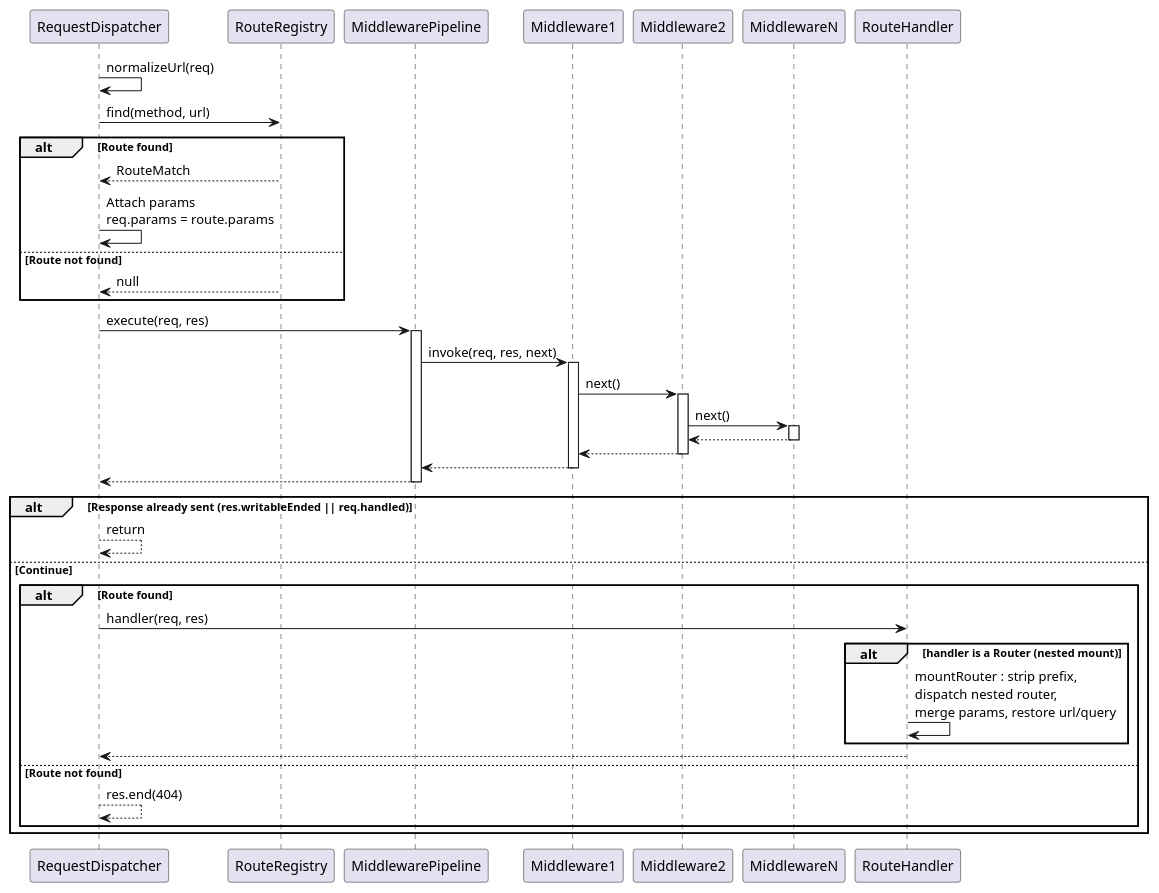
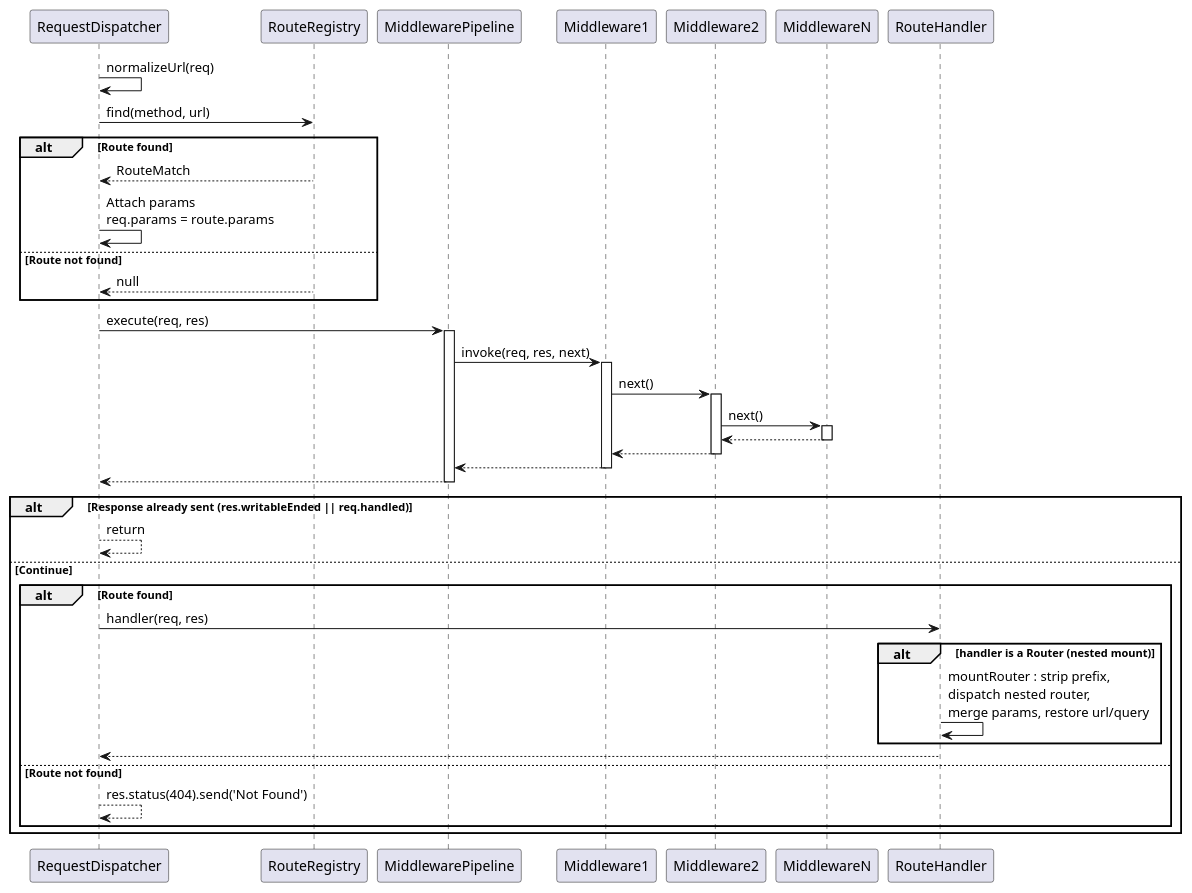
One commit to Ali-Wael-Hassan/duck-node-router changed the diagram in docs/sequence diagrams/RequestDispatcher-Sequence.puml. Above: the diagram before and after it, drawn with PlantUML. The commit also changed 20 other files, not shown here.

```diff
--- a/docs/sequence diagrams/RequestDispatcher-Sequence.puml
+++ b/docs/sequence diagrams/RequestDispatcher-Sequence.puml
@@ -1,61 +1,61 @@
 @startuml Dispatch
 
 participant RequestDispatcher
 participant RouteRegistry
 participant MiddlewarePipeline
 participant Middleware1
 participant Middleware2
 participant MiddlewareN
 participant RouteHandler
 
 RequestDispatcher -> RequestDispatcher : normalizeUrl(req)
 
 RequestDispatcher -> RouteRegistry : find(method, url)
 
 alt Route found
     RouteRegistry --> RequestDispatcher : RouteMatch
     RequestDispatcher -> RequestDispatcher : Attach params\nreq.params = route.params
 else Route not found
     RouteRegistry --> RequestDispatcher : null
 end
 
 RequestDispatcher -> MiddlewarePipeline : execute(req, res)
 
 activate MiddlewarePipeline
 
 MiddlewarePipeline -> Middleware1 : invoke(req, res, next)
 activate Middleware1
 
 Middleware1 -> Middleware2 : next()
 activate Middleware2
 
 Middleware2 -> MiddlewareN : next()
 activate MiddlewareN
 
 MiddlewareN --> Middleware2
 deactivate MiddlewareN
 
 Middleware2 --> Middleware1
 deactivate Middleware2
 
 Middleware1 --> MiddlewarePipeline
 deactivate Middleware1
 
 MiddlewarePipeline --> RequestDispatcher
 deactivate MiddlewarePipeline
 
 alt Response already sent (res.writableEnded || req.handled)
     RequestDispatcher --> RequestDispatcher : return
 else Continue
     alt Route found
         RequestDispatcher -> RouteHandler : handler(req, res)
         alt handler is a Router (nested mount)
             RouteHandler -> RouteHandler : mountRouter : strip prefix,\ndispatch nested router,\nmerge params, restore url/query
         end
         RouteHandler --> RequestDispatcher
     else Route not found
-        RequestDispatcher --> RequestDispatcher : res.end(404)
+        RequestDispatcher --> RequestDispatcher : res.status(404).send('Not Found')
     end
 end
 
 @enduml
```
